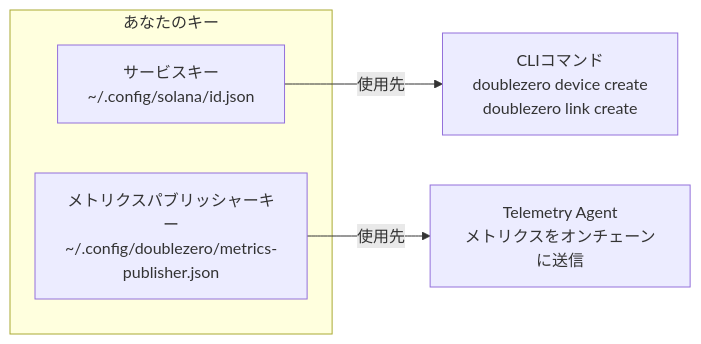
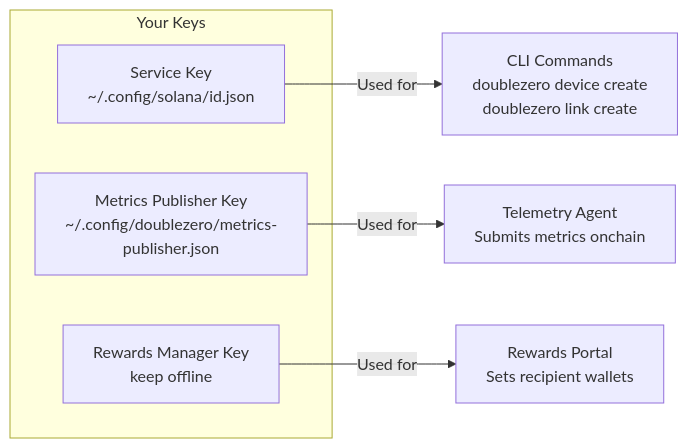
Before and after one commit to malbeclabs/docs: the fourth of 7 diagrams in docs/contribute-provisioning.ja.md, drawn with Mermaid. The commit also changed other lines of this file and 34 other files, not shown here.

````diff
--- a/docs/contribute-provisioning.ja.md
+++ b/docs/contribute-provisioning.ja.md
@@ -166,10 +208,12 @@
 ```mermaid
 flowchart LR
-    subgraph "あなたのキー"
-        SK[サービスキー<br/>~/.config/solana/id.json]
-        MK[メトリクスパブリッシャーキー<br/>~/.config/doublezero/metrics-publisher.json]
+    subgraph "Your Keys"
+        SK[Service Key<br/>~/.config/solana/id.json]
+        MK[Metrics Publisher Key<br/>~/.config/doublezero/metrics-publisher.json]
+        RK[Rewards Manager Key<br/>keep offline]
     end
 
-    SK -->|使用先| CLI[CLIコマンド<br/>doublezero device create<br/>doublezero link create]
-    MK -->|使用先| TEL[Telemetry Agent<br/>メトリクスをオンチェーンに送信]
+    SK -->|Used for| CLI[CLI Commands<br/>doublezero device create<br/>doublezero link create]
+    MK -->|Used for| TEL[Telemetry Agent<br/>Submits metrics onchain]
+    RK -->|Used for| REW[Rewards Portal<br/>Sets recipient wallets]
 ```
````
